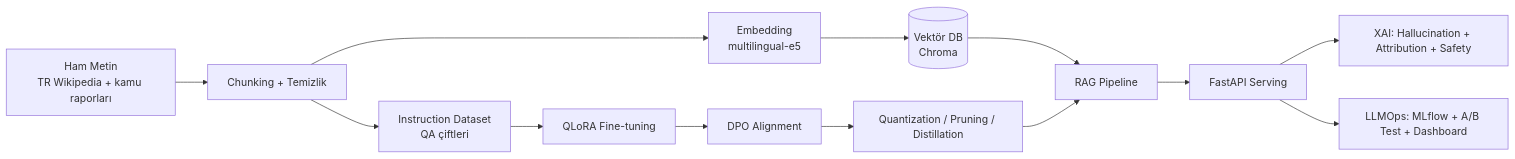
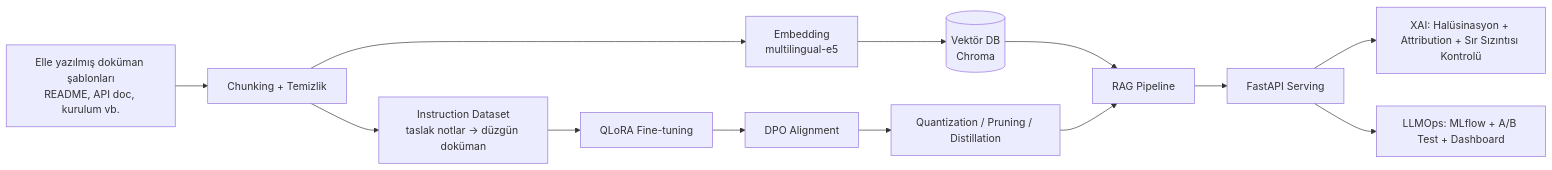
One commit to l4NGEL/teknikyaz-asistan changed the diagram in README.md. Above: the diagram before and after it, drawn with Mermaid. The commit also changed other lines of this file and 21 other files, not shown here.

````diff
--- a/README.md
+++ b/README.md
@@ -14,15 +15,15 @@
 ```mermaid
 flowchart LR
-    A[Ham Metin\nTR Wikipedia + kamu raporları] --> B[Chunking + Temizlik]
+    A[Elle yazılmış doküman şablonları\nREADME, API doc, kurulum vb.] --> B[Chunking + Temizlik]
     B --> C[Embedding\nmultilingual-e5]
     C --> D[(Vektör DB\nChroma)]
-    B --> E[Instruction Dataset\nQA çiftleri]
+    B --> E[Instruction Dataset\ntaslak notlar -> düzgün doküman]
     E --> F[QLoRA Fine-tuning]
     F --> G[DPO Alignment]
     G --> H[Quantization / Pruning / Distillation]
     D --> I[RAG Pipeline]
     H --> I
     I --> J[FastAPI Serving]
-    J --> K[XAI: Hallucination + Attribution + Safety]
+    J --> K[XAI: Halüsinasyon + Attribution + Sır Sızıntısı Kontrolü]
     J --> L[LLMOps: MLflow + A/B Test + Dashboard]
 ```
````
